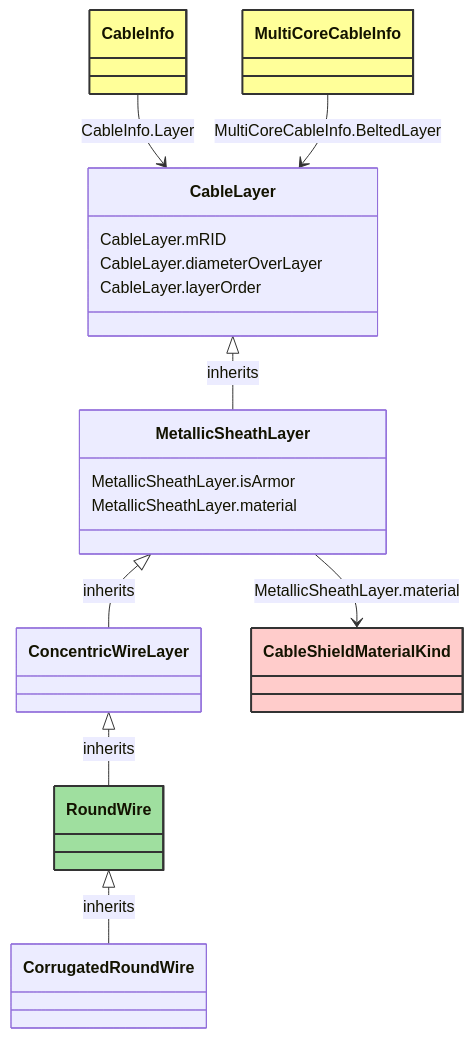
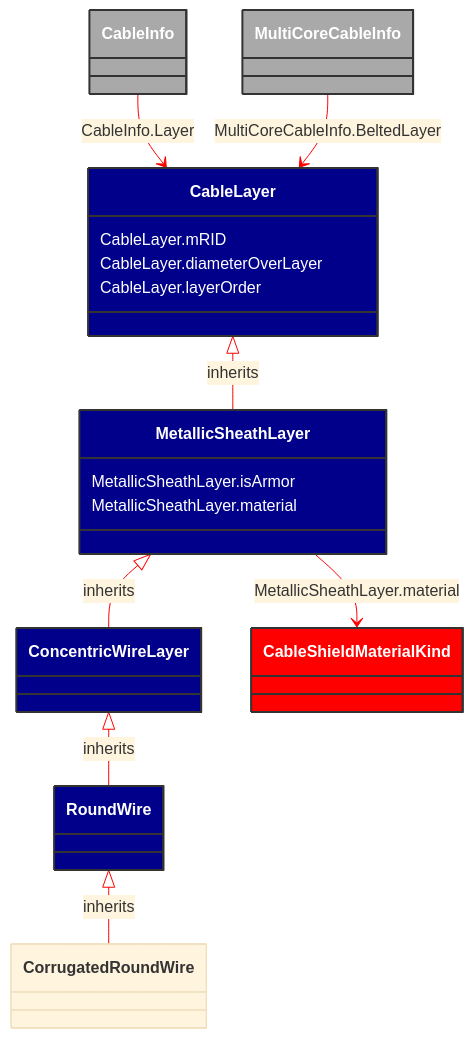
The diagram in docs/Models/Profiles/SubseaCableInfo/ConcreteClasses/RoundWire.md (3lbits/NoCIMExtensions), drawn with Mermaid before and after one commit. The commit also changed 58 other files, not shown here.

````diff
--- a/docs/Models/Profiles/SubseaCableInfo/ConcreteClasses/RoundWire.md
+++ b/docs/Models/Profiles/SubseaCableInfo/ConcreteClasses/RoundWire.md
@@ -8,51 +8,52 @@
 ```mermaid
+%%{init: {'theme':'base','themeVariables': {'lineColor': '#FF0000'}}}%%
 classDiagram
     class RoundWire
     click RoundWire href "/Models/Profiles/SubseaCableInfo/ConcreteClasses/RoundWire/"
-    style RoundWire fill:#9fdf9f,stroke:#333,stroke-width:2px,rx:10,ry:10
+    style RoundWire fill:#006400,stroke:#333,stroke-width:2px,rx:10,ry:10,color:white
 
         RoundWire <|-- CorrugatedRoundWire : inherits
             click RoundWire href "/Models/Profiles/SubseaCableInfo/ConcreteClasses/RoundWire/"
-            style RoundWire rx:10,ry:10
+            style RoundWire fill:#00008B,stroke:#333,stroke-width:2px,rx:10,ry:10,color:white
 
         CorrugatedRoundWire
             click CorrugatedRoundWire href "/Models/Profiles/SubseaCableInfo/ConcreteClasses/CorrugatedRoundWire/"
-            style CorrugatedRoundWire rx:10,ry:10
+            style RoundWire fill:#00008B,stroke:#333,stroke-width:2px,rx:10,ry:10,color:white
 
         ConcentricWireLayer <|-- RoundWire : inherits
             click ConcentricWireLayer href "/Models/Profiles/SubseaCableInfo/ConcreteClasses/ConcentricWireLayer/"
-            style ConcentricWireLayer rx:10,ry:10
+            style ConcentricWireLayer fill:#00008B,stroke:#333,stroke-width:2px,rx:10,ry:10,color:white
 
         MetallicSheathLayer <|-- ConcentricWireLayer : inherits
             click MetallicSheathLayer href "/Models/Profiles/SubseaCableInfo/ConcreteClasses/MetallicSheathLayer/"
-            style MetallicSheathLayer rx:10,ry:10
+            style MetallicSheathLayer fill:#00008B,stroke:#333,stroke-width:2px,rx:10,ry:10,color:white
 
         CableLayer <|-- MetallicSheathLayer : inherits
             click CableLayer href "/Models/Profiles/SubseaCableInfo/AbstractClasses/CableLayer/"
-            style CableLayer rx:10,ry:10
+            style CableLayer fill:#00008B,stroke:#333,stroke-width:2px,rx:10,ry:10,color:white
 
 
         CableInfo --> CableLayer : CableInfo.Layer
 
         CableInfo
             click CableInfo href "/Models/Profiles/SubseaCableInfo/ConcreteClasses/CableInfo/"
-            style CableInfo fill:#ffff99,stroke:#333,stroke-width:2px,rx:10,ry:10
+            style CableInfo fill:#A9A9A9,stroke:#333,stroke-width:2px,rx:10,ry:10,color:white
 
         MultiCoreCableInfo --> CableLayer : MultiCoreCableInfo.BeltedLayer
 
         MultiCoreCableInfo
             click MultiCoreCableInfo href "/Models/Profiles/SubseaCableInfo/ConcreteClasses/MultiCoreCableInfo/"
-            style MultiCoreCableInfo fill:#ffff99,stroke:#333,stroke-width:2px,rx:10,ry:10
+            style MultiCoreCableInfo fill:#A9A9A9,stroke:#333,stroke-width:2px,rx:10,ry:10,color:white
 
         MetallicSheathLayer --> CableShieldMaterialKind : MetallicSheathLayer.material
 
         CableShieldMaterialKind
             click CableShieldMaterialKind href "/Models/Profiles/SubseaCableInfo/Enumerations/CableShieldMaterialKind/"
-            style CableShieldMaterialKind fill:#FFCCCB,stroke:#333,stroke-width:2px,rx:10,ry:10
+            style CableShieldMaterialKind fill:#FF0000,stroke:#333,stroke-width:2px,rx:10,ry:10,color:white
 
         MetallicSheathLayer : MetallicSheathLayer.isArmor
         MetallicSheathLayer : MetallicSheathLayer.material
         CableLayer : CableLayer.mRID
         CableLayer : CableLayer.diameterOverLayer
         CableLayer : CableLayer.layerOrder
 ```
````
